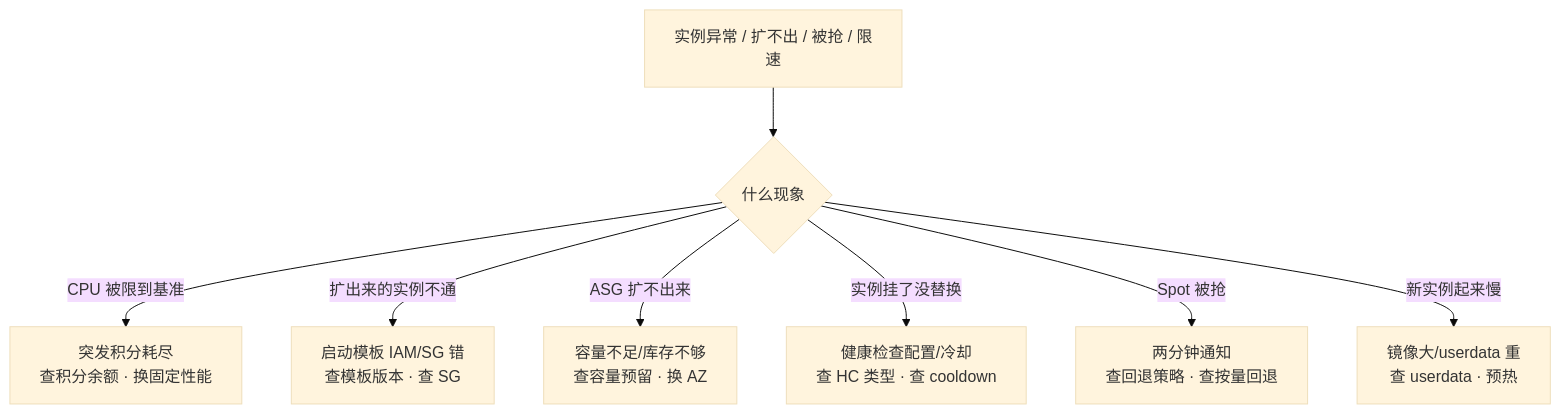
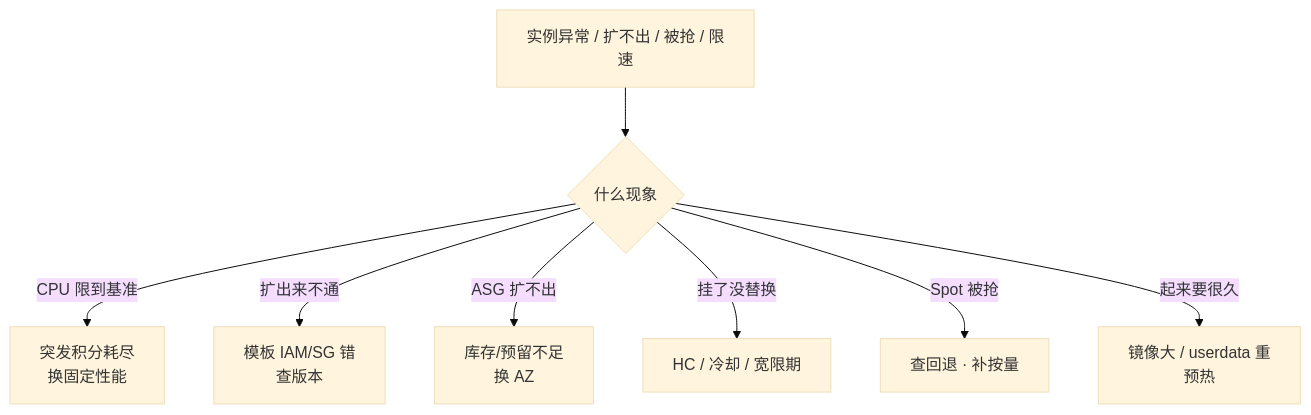
One commit to ml-cuizijun/LearnToLilith changed the fifth of 5 diagrams in 06-云平台/02-云上计算与弹性/知识点.md. Above: the diagram before and after it, drawn with Mermaid (base theme). The commit also changed other lines of this file and 178 other files, not shown here.

````diff
--- a/06-云平台/02-云上计算与弹性/知识点.md
+++ b/06-云平台/02-云上计算与弹性/知识点.md
@@ -437,10 +388,10 @@
 ```mermaid
 flowchart TB
     A["实例异常 / 扩不出 / 被抢 / 限速"] --> B{"什么现象"}
-    B -->|"CPU 被限到基准"| C["突发积分耗尽<br/>查积分余额 · 换固定性能"]
-    B -->|"扩出来的实例不通"| D["启动模板 IAM/SG 错<br/>查模板版本 · 查 SG"]
-    B -->|"ASG 扩不出来"| E["容量不足/库存不够<br/>查容量预留 · 换 AZ"]
-    B -->|"实例挂了没替换"| F["健康检查配置/冷却<br/>查 HC 类型 · 查 cooldown"]
-    B -->|"Spot 被抢"| G["两分钟通知<br/>查回退策略 · 查按量回退"]
-    B -->|"新实例起来慢"| H["镜像大/userdata 重<br/>查 userdata · 预热"]
+    B -->|"CPU 限到基准"| C["突发积分耗尽<br/>换固定性能"]
+    B -->|"扩出来不通"| D["模板 IAM/SG 错<br/>查版本"]
+    B -->|"ASG 扩不出"| E["库存/预留不足<br/>换 AZ"]
+    B -->|"挂了没替换"| F["HC / 冷却 / 宽限期"]
+    B -->|"Spot 被抢"| G["查回退 · 补按量"]
+    B -->|"起来要很久"| H["镜像大 / userdata 重<br/>预热"]
 ```
````
